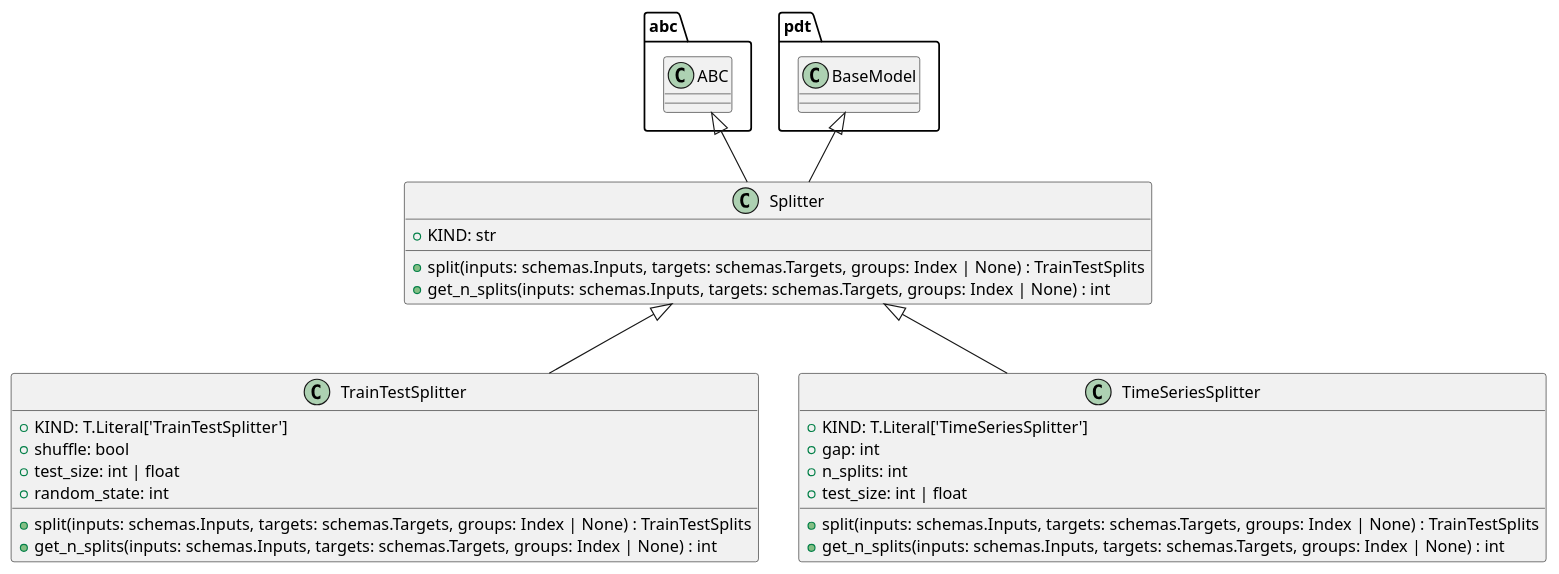
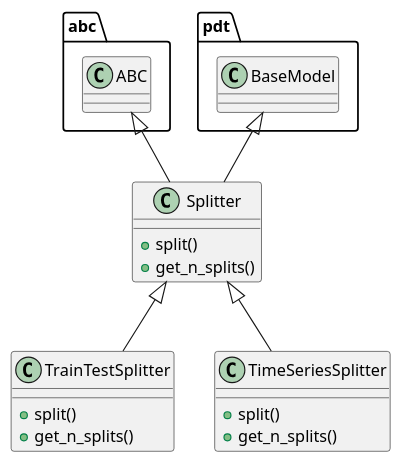
The diagram in openwiki/src/autogen_team/infrastructure/utils/splitters.md (lgcorzo/llmops-python-package), drawn with PlantUML before and after one commit. The commit also changed other lines of this file and 77 other files, not shown here.

````diff
--- a/openwiki/src/autogen_team/infrastructure/utils/splitters.md
+++ b/openwiki/src/autogen_team/infrastructure/utils/splitters.md
@@ -55,29 +271,20 @@
 ```plantuml
 @startuml
-    abc.ABC <|-- Splitter
-    pdt.BaseModel <|-- Splitter
-    class Splitter {
-        +KIND: str
-        +split(inputs: schemas.Inputs, targets: schemas.Targets, groups: Index | None) : TrainTestSplits
-        +get_n_splits(inputs: schemas.Inputs, targets: schemas.Targets, groups: Index | None) : int
-    }
-    Splitter <|-- TrainTestSplitter
-    class TrainTestSplitter {
-        +KIND: T.Literal['TrainTestSplitter']
-        +shuffle: bool
-        +test_size: int | float
-        +random_state: int
-        +split(inputs: schemas.Inputs, targets: schemas.Targets, groups: Index | None) : TrainTestSplits
-        +get_n_splits(inputs: schemas.Inputs, targets: schemas.Targets, groups: Index | None) : int
-    }
-    Splitter <|-- TimeSeriesSplitter
-    class TimeSeriesSplitter {
-        +KIND: T.Literal['TimeSeriesSplitter']
-        +gap: int
-        +n_splits: int
-        +test_size: int | float
-        +split(inputs: schemas.Inputs, targets: schemas.Targets, groups: Index | None) : TrainTestSplits
-        +get_n_splits(inputs: schemas.Inputs, targets: schemas.Targets, groups: Index | None) : int
-    }
+class Splitter {
+  + split()
+  + get_n_splits()
+}
+abc.ABC <|-- Splitter
+pdt.BaseModel <|-- Splitter
+class TrainTestSplitter {
+  + split()
+  + get_n_splits()
+}
+Splitter <|-- TrainTestSplitter
+class TimeSeriesSplitter {
+  + split()
+  + get_n_splits()
+}
+Splitter <|-- TimeSeriesSplitter
 @enduml
 ```
````
